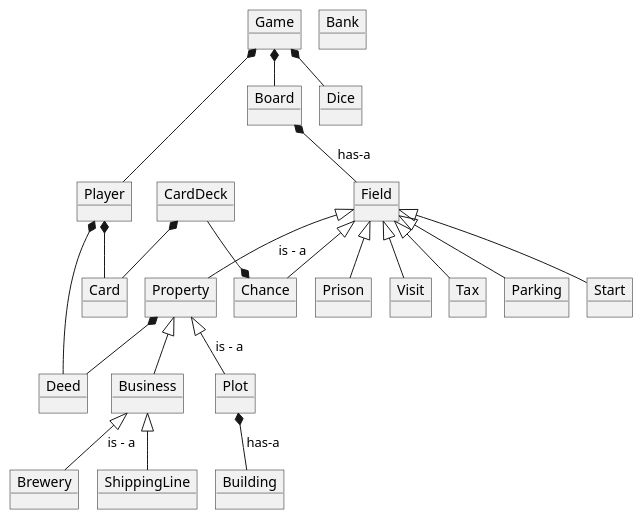
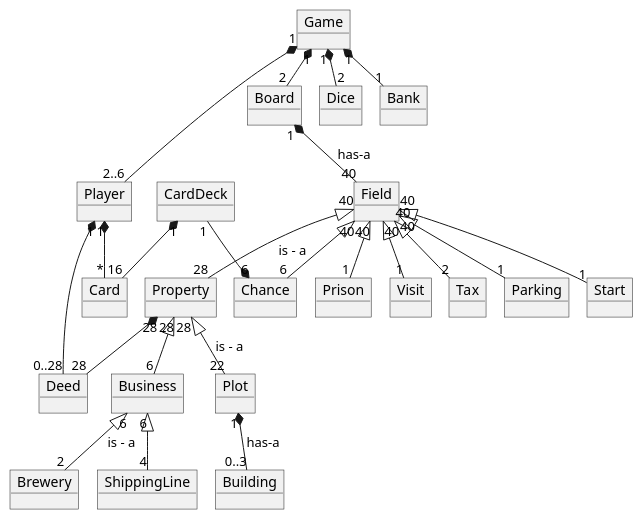
Before and after one commit to Dat1Cphbusiness/MonopolyE26: the diagram in doc/static/domainmodel.puml, drawn with PlantUML. The commit also changed 1 other file, not shown here.

```diff
--- a/doc/static/domainmodel.puml
+++ b/doc/static/domainmodel.puml
@@ -1,57 +1,58 @@
 @startuml
 !pragma layout smetana
 
 'nyt: carddeck - card
 
 object Game
 object Player
 object Dice
 object CardDeck
 object Card
 object Board
 object Field
 object Property
 object Prison
 object Visit
 object Tax
 object Parking
 object Start
 object Chance
 object ShippingLine
 object Brewery
 object Building
 object Deed
 object Bank
 object Business
 object Plot
 
-Game *-- Board
-Game *--  Player
+Game "1"*-- "2"Board
+Game "1"*--  "2..6"Player
+Game "1"*-- "1"Bank
+Game "1"*-- "2"Dice
 
-Game *-- Dice
-Board *-- Field : has-a
+Board "1"*-- "40"Field : has-a
 
-Plot *-- Building: has-a
-Property  *--  Deed
-Player *--  Deed
-Business <|--  ShippingLine
-Business <|--  Brewery : is - a
+Plot "1"*-- "0..3"Building: has-a
+Property  "28"*--  "28"Deed
+Player "1"*--  "0..28"Deed
+Business "6"<|--  "4"ShippingLine
+Business "6"<|--  "2"Brewery : is - a
 
-Field <|-- Property : is - a
-Field <|-- Start
-Field <|-- Chance
-Field <|-- Parking
-Field <|-- Tax
-Field <|-- Prison
-Field <|-- Visit
+Field "40"<|-- "28"Property : is - a
+Field "40"<|-- "1"Start
+Field "40"<|-- "6"Chance
+Field "40"<|-- "1"Parking
+Field "40"<|-- "2"Tax
+Field "40"<|-- "1"Prison
+Field "40"<|-- "1"Visit
 
 
-CardDeck --* Chance
-Property <|-- Business
-Property <|-- Plot: is - a
+CardDeck "1"--* "6"Chance
+Property "28"<|-- "6"Business
+Property "28"<|-- "22"Plot: is - a
 
-Player *--  Card
-CardDeck  *--  Card
+Player "1"*--  "*"Card
+CardDeck  "1"*--  "16"Card
 
 
 @enduml
```
